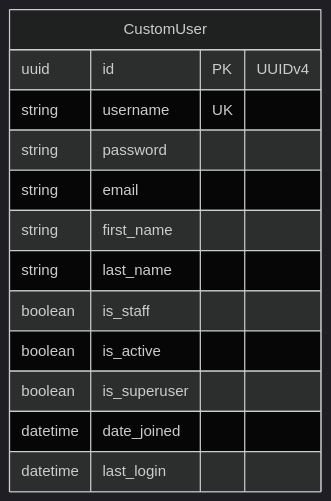
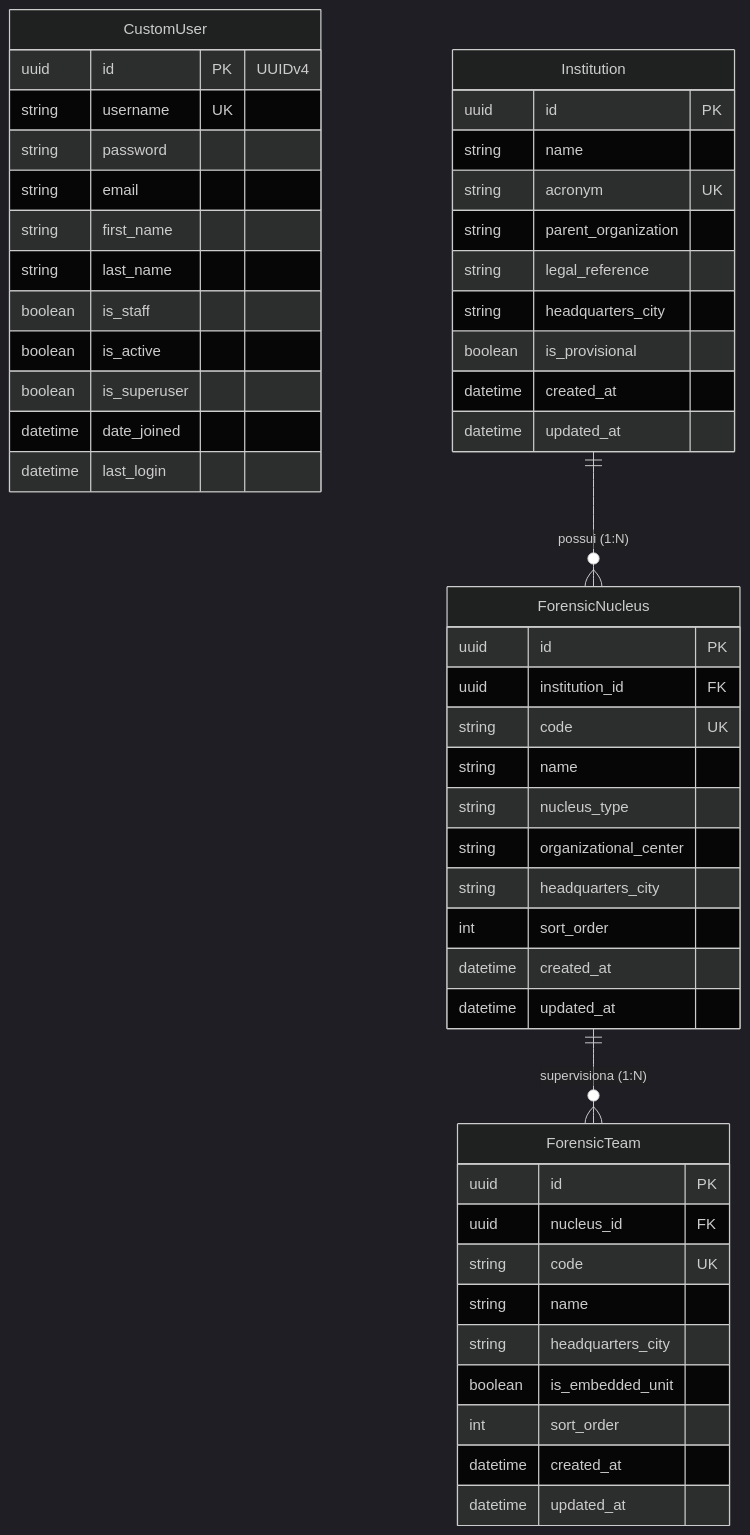
One commit to PeritoCriminal/reportline changed the first of 2 diagrams in docs/architecture/02-data-model.md. Above: the diagram before and after it, drawn with Mermaid (dark theme). The commit also changed other lines of this file and 31 other files, not shown here.

````diff
--- a/docs/architecture/02-data-model.md
+++ b/docs/architecture/02-data-model.md
@@ -17,16 +17,56 @@
 ```mermaid
 erDiagram
     CustomUser {
         uuid id PK "UUIDv4"
         string username UK
         string password
         string email
         string first_name
         string last_name
         boolean is_staff
         boolean is_active
         boolean is_superuser
         datetime date_joined
         datetime last_login
     }
+
+    Institution {
+        uuid id PK
+        string name
+        string acronym UK
+        string parent_organization
+        string legal_reference
+        string headquarters_city
+        boolean is_provisional
+        datetime created_at
+        datetime updated_at
+    }
+
+    ForensicNucleus {
+        uuid id PK
+        uuid institution_id FK
+        string code UK
+        string name
+        string nucleus_type
+        string organizational_center
+        string headquarters_city
+        int sort_order
+        datetime created_at
+        datetime updated_at
+    }
+
+    ForensicTeam {
+        uuid id PK
+        uuid nucleus_id FK
+        string code UK
+        string name
+        string headquarters_city
+        boolean is_embedded_unit
+        int sort_order
+        datetime created_at
+        datetime updated_at
+    }
+
+    Institution ||--o{ ForensicNucleus : "possui (1:N)"
+    ForensicNucleus ||--o{ ForensicTeam : "supervisiona (1:N)"
 ```
````
